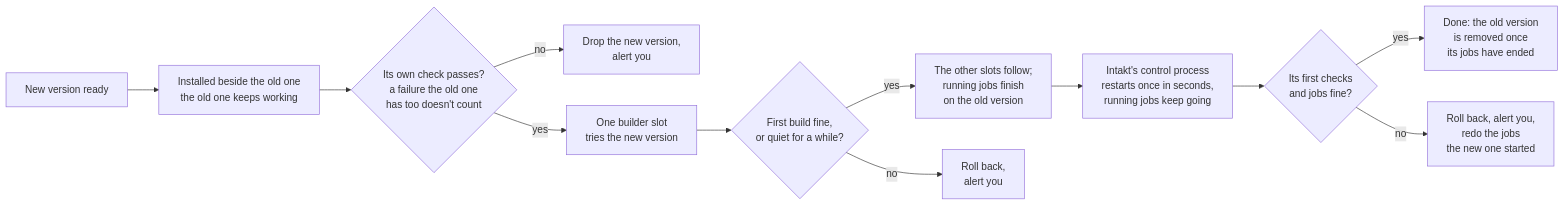
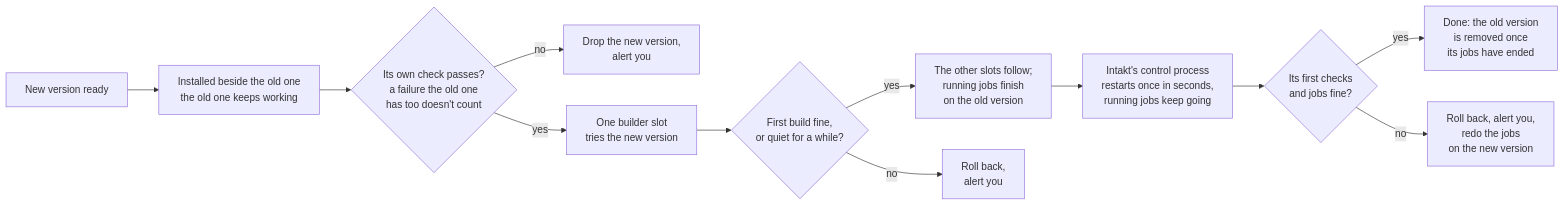
Before and after one commit to shinyredapples/intakt: the fourth of 4 diagrams in docs/guide/the-engine-room.md, drawn with Mermaid. The commit also changed other lines of this file and 5 other files, not shown here.

````diff
--- a/docs/guide/the-engine-room.md
+++ b/docs/guide/the-engine-room.md
@@ -134,14 +134,14 @@
 ```mermaid
 flowchart LR
   a[New version ready] --> b[Installed beside the old one<br/>the old one keeps working]
   b --> c{Its own check passes?<br/>a failure the old one<br/>has too doesn't count}
   c -- no --> g[Drop the new version,<br/>alert you]
   c -- yes --> d[One builder slot<br/>tries the new version]
   d --> e{First build fine,<br/>or quiet for a while?}
   e -- yes --> f[The other slots follow;<br/>running jobs finish<br/>on the old version]
   e -- no --> h[Roll back,<br/>alert you]
   f --> j[Intakt's control process<br/>restarts once in seconds,<br/>running jobs keep going]
   j --> k{Its first checks<br/>and jobs fine?}
   k -- yes --> l[Done: the old version<br/>is removed once<br/>its jobs have ended]
-  k -- no --> m[Roll back, alert you,<br/>redo the jobs<br/>the new one started]
+  k -- no --> m[Roll back, alert you,<br/>redo the jobs<br/>on the new version]
 ```
````
